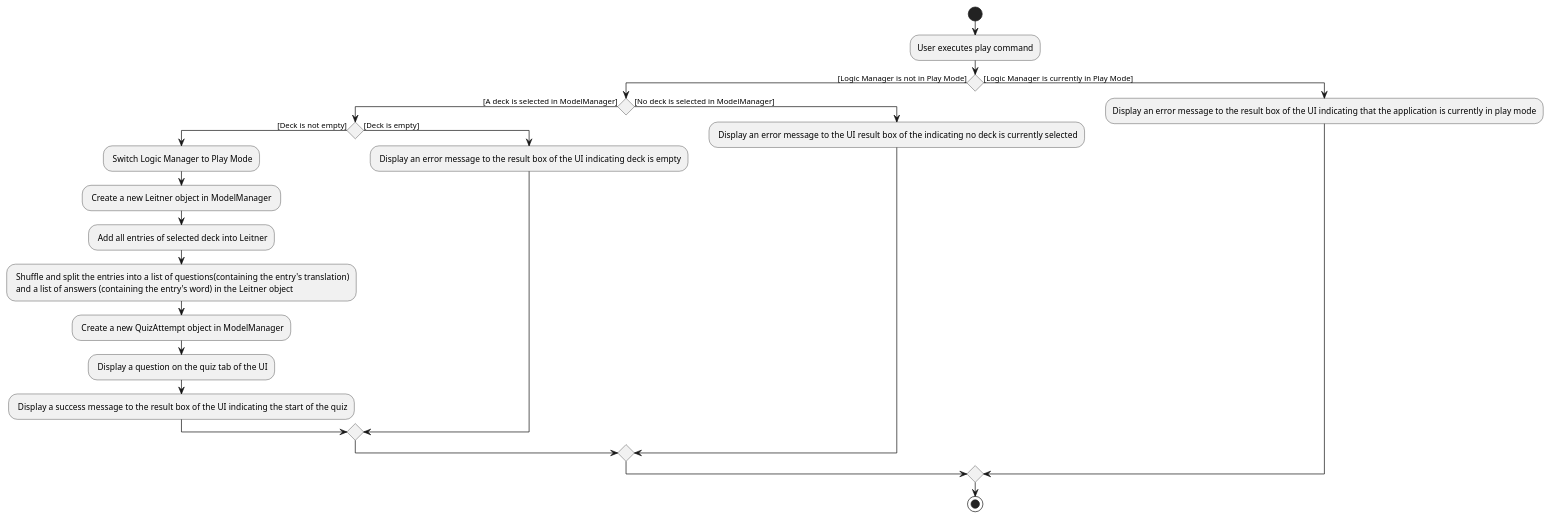
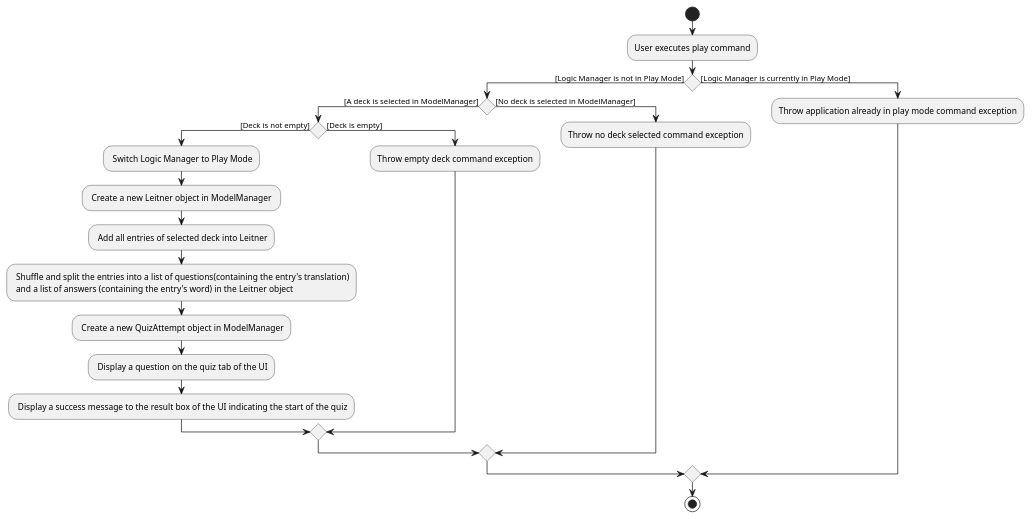
The diagram in docs/diagrams/PlayActivityDiagram.puml (vigneshbhuvan-nus/tp), drawn with PlantUML before and after one commit. The commit also changed 12 other files, not shown here.

Commit message:
Shorten error messages in activity diagram

```diff
--- a/docs/diagrams/PlayActivityDiagram.puml
+++ b/docs/diagrams/PlayActivityDiagram.puml
@@ -1,26 +1,26 @@
 @startuml
 start
 :User executes play command;
 
 if() then ([Logic Manager is not in Play Mode])
     if() then ([A deck is selected in ModelManager])
         if() then ([Deck is not empty])
         : Switch Logic Manager to Play Mode;
         : Create a new Leitner object in ModelManager ;
         : Add all entries of selected deck into Leitner;
         : Shuffle and split the entries into a list of questions(containing the entry's translation)
          and a list of answers (containing the entry's word) in the Leitner object;
         : Create a new QuizAttempt object in ModelManager;
         : Display a question on the quiz tab of the UI;
         : Display a success message to the result box of the UI indicating the start of the quiz;
         else ([Deck is empty])
-        : Display an error message to the result box of the UI indicating deck is empty;
+        :Throw empty deck command exception;
         endif
     else ([No deck is selected in ModelManager])
-    : Display an error message to the UI result box of the indicating no deck is currently selected;
+    :Throw no deck selected command exception;
     endif
 else([Logic Manager is currently in Play Mode])
-:Display an error message to the result box of the UI indicating that the application is currently in play mode;
+:Throw application already in play mode command exception;
 endif
 stop
 @enduml
```
